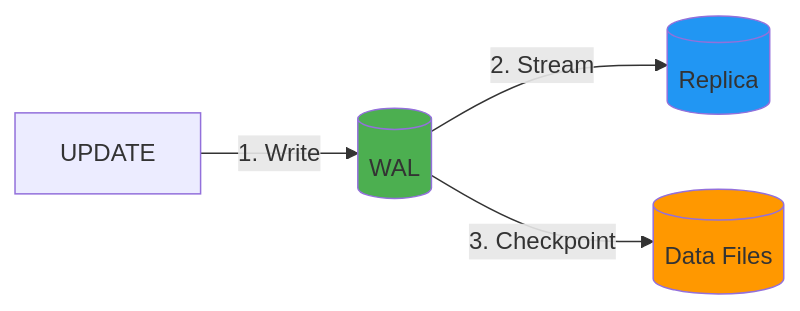
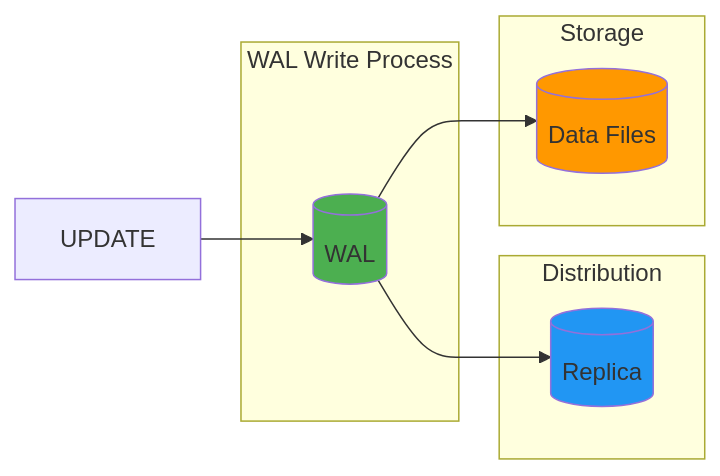
The second of 5 diagrams in apps/web/src/data/courses/databases/07-schema-patterns/reveal.md (gameguild-gg/gameguild), drawn with Mermaid before and after one commit. The commit also changed 1 other file, not shown here.

Commit message:
fix(courses/databases): mermaid renderer

````diff
--- a/apps/web/src/data/courses/databases/07-schema-patterns/reveal.md
+++ b/apps/web/src/data/courses/databases/07-schema-patterns/reveal.md
@@ -689,10 +689,20 @@
 ```mermaid
 flowchart LR
-    U[UPDATE] -->|1. Write| W[(WAL)]
-    W -->|2. Stream| R[(Replica)]
-    W -->|3. Checkpoint| D[(Data Files)]
+    subgraph WAL_Process["WAL Write Process"]
+        W[(WAL)]
+    end
+    subgraph Distribution["Distribution"]
+        R[(Replica)]
+    end
+    subgraph Storage["Storage"]
+        D[(Data Files)]
+    end
+
+    U[UPDATE] --> W
+    W --> R
+    W --> D
 
     style W fill:#4CAF50
     style R fill:#2196F3
     style D fill:#FF9800
 ```
````
